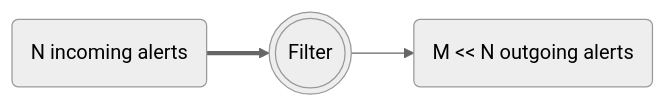
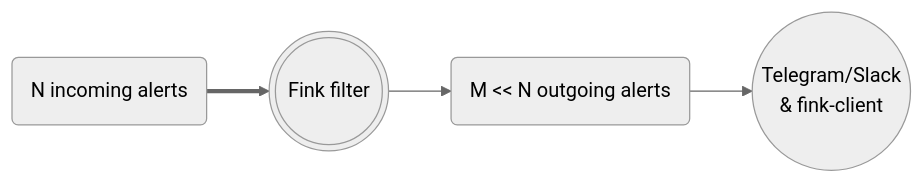
The diagram in docs/broker/filters.md (astrolabsoftware/fink), drawn with Mermaid (neutral theme) before and after one commit. The commit also changed other lines of this file and 7 other files, not shown here.

````diff
--- a/docs/broker/filters.md
+++ b/docs/broker/filters.md
@@ -11,5 +11,6 @@
 ``` mermaid
 graph LR
-  A(N incoming alerts) ==> B(((Filter)));
+  A(N incoming alerts) ==> B(((Fink filter)));
   B --> D(M << N outgoing alerts);
+  D --> E((Telegram/Slack \n & fink-client))
 ```
````
